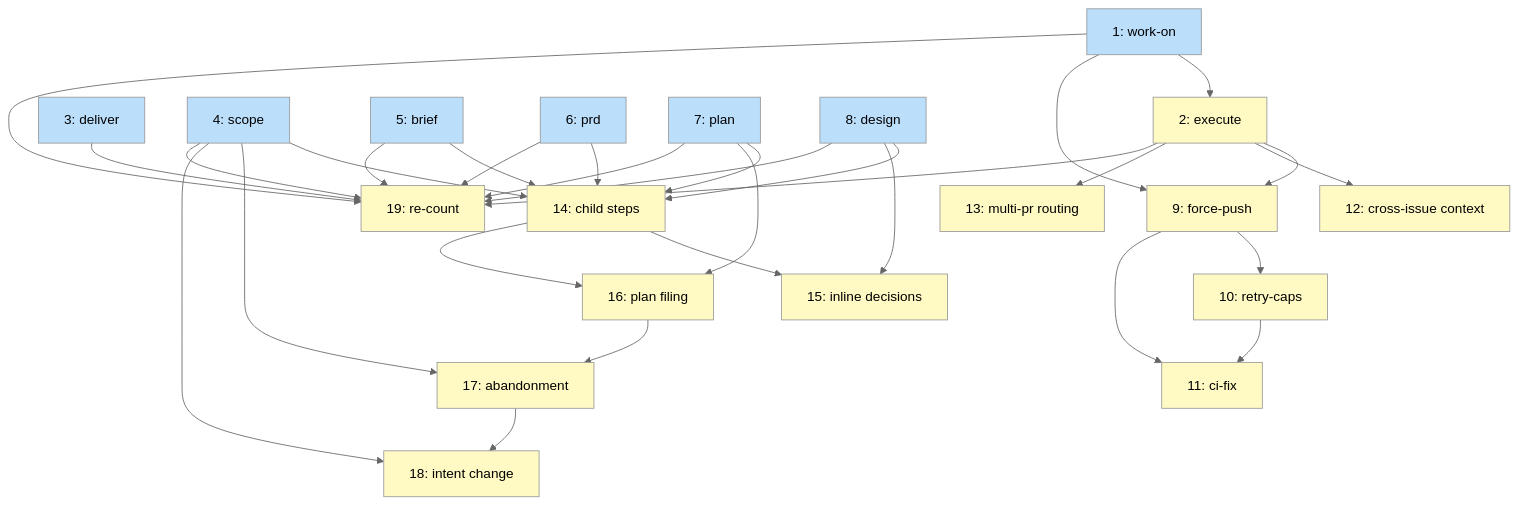
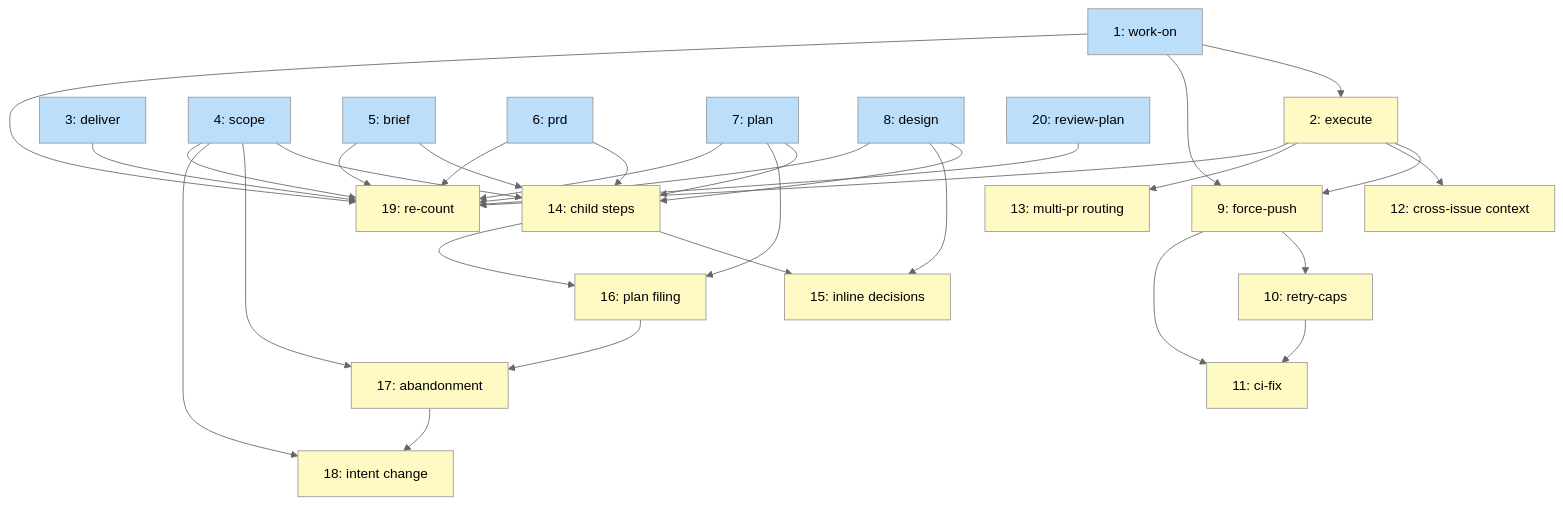
Before and after one commit to tsukumogami/shirabe: the diagram in docs/plans/PLAN-contradiction-settlement.md, drawn with Mermaid (neutral theme). The commit also changed other lines of this file and 1 other file, not shown here.

````diff
--- a/docs/plans/PLAN-contradiction-settlement.md
+++ b/docs/plans/PLAN-contradiction-settlement.md
@@ -444,56 +461,58 @@
 ```mermaid
 graph TD
     I1["1: work-on"]
     I2["2: execute"]
     I3["3: deliver"]
     I4["4: scope"]
     I5["5: brief"]
     I6["6: prd"]
     I7["7: plan"]
     I8["8: design"]
     I9["9: force-push"]
     I10["10: retry-caps"]
     I11["11: ci-fix"]
     I12["12: cross-issue context"]
     I13["13: multi-pr routing"]
     I14["14: child steps"]
     I15["15: inline decisions"]
     I16["16: plan filing"]
     I17["17: abandonment"]
     I18["18: intent change"]
     I19["19: re-count"]
+    I20["20: review-plan"]
     I1 --> I2
     I1 --> I9
     I2 --> I9
     I9 --> I10
     I9 --> I11
     I10 --> I11
     I2 --> I12
     I2 --> I13
     I4 --> I14
     I5 --> I14
     I6 --> I14
     I7 --> I14
     I8 --> I14
     I8 --> I15
     I14 --> I15
     I7 --> I16
     I14 --> I16
     I4 --> I17
     I16 --> I17
     I4 --> I18
     I17 --> I18
     I1 --> I19
     I2 --> I19
     I3 --> I19
     I4 --> I19
     I5 --> I19
     I6 --> I19
     I7 --> I19
     I8 --> I19
+    I20 --> I19
     classDef ready fill:#bbdefb
     classDef blocked fill:#fff9c4
 
-    class I1,I3,I4,I5,I6,I7,I8 ready
+    class I1,I3,I4,I5,I6,I7,I8,I20 ready
     class I2,I9,I10,I11,I12,I13,I14,I15,I16,I17,I18,I19 blocked
 ```
````
